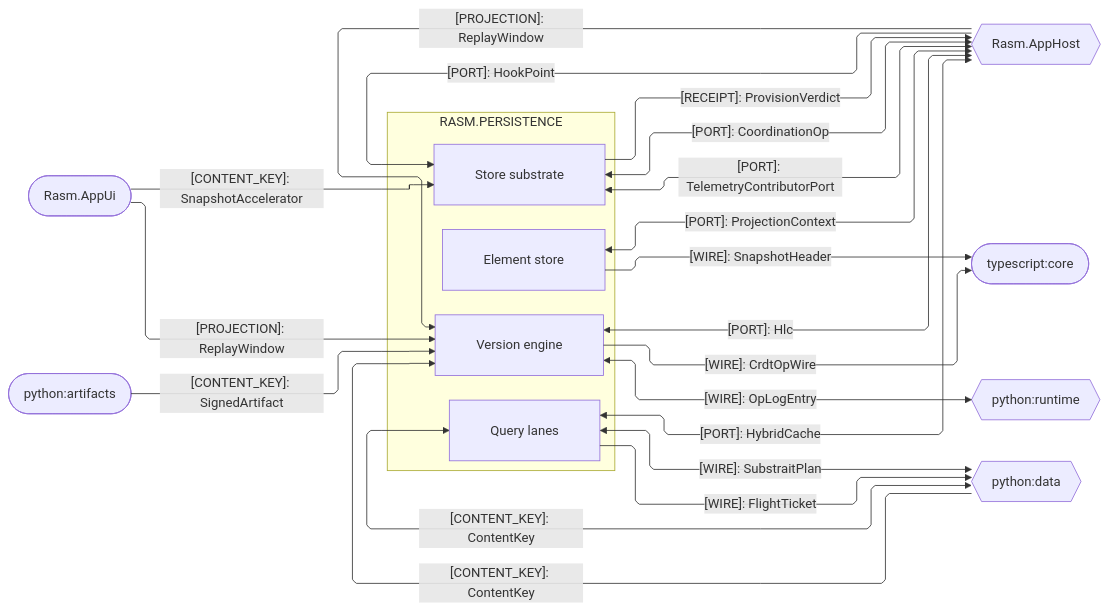
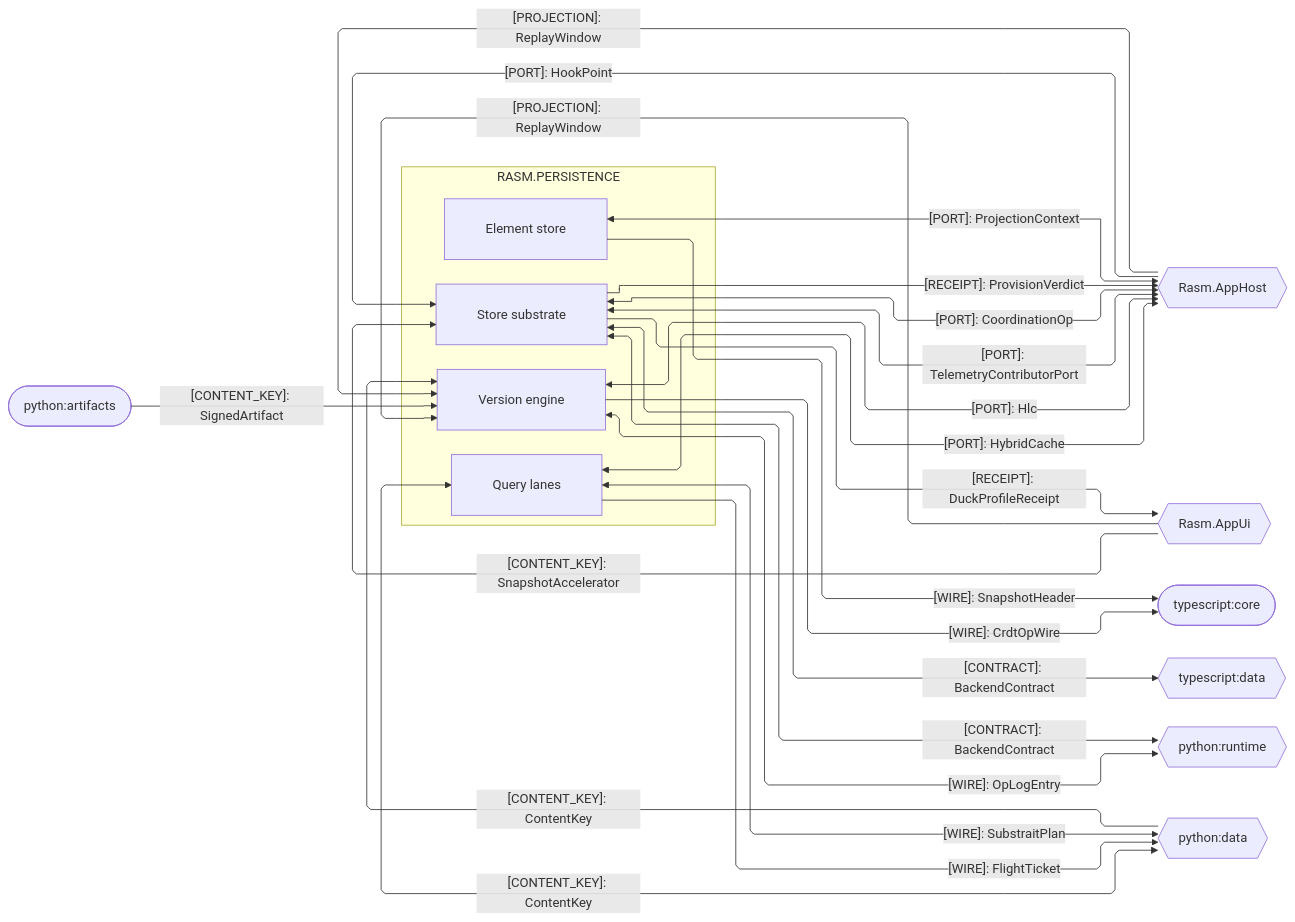
One commit to bsamiee/Rasm changed the third of 4 diagrams in libs/csharp/Rasm.Persistence/ARCHITECTURE.md. Above: the diagram before and after it, drawn with Mermaid. The commit also changed other lines of this file and 486 other files, not shown here.

````diff
--- a/libs/csharp/Rasm.Persistence/ARCHITECTURE.md
+++ b/libs/csharp/Rasm.Persistence/ARCHITECTURE.md
@@ -134,42 +146,46 @@
 ```mermaid
 ---
 config:
   layout: elk
   flowchart:
     curve: linear
     padding: 25
 ---
 flowchart LR
     accTitle: Persistence platform and cross-runtime seams
     accDescr: Persistence sub-domain owners exchanging ports, wires, projections, and receipts with the app host, the app UI, and the Python and TypeScript runtimes, edge rails colored by kind and nodes classed by seam direction.
     subgraph persistence[RASM.PERSISTENCE]
         Element[Element store]
         Version[Version engine]
         Query[Query lanes]
         Store[Store substrate]
     end
     AppHost{{Rasm.AppHost}}
-    AppUi([Rasm.AppUi])
+    AppUi{{Rasm.AppUi}}
     Core([typescript:core])
+    TsData{{typescript:data}}
     Runtime{{python:runtime}}
     Data{{python:data}}
     Artifacts([python:artifacts])
     Element e1@-->|"[WIRE]: SnapshotHeader"| Core
     Version e2@-->|"[WIRE]: CrdtOpWire"| Core
     Version e3@<-->|"[WIRE]: OpLogEntry"| Runtime
     Artifacts e4@-->|"[CONTENT_KEY]: SignedArtifact"| Version
     Data e5@-->|"[CONTENT_KEY]: ContentKey"| Version
     Query e6@<-->|"[WIRE]: SubstraitPlan"| Data
     Query e16@-->|"[WIRE]: FlightTicket"| Data
     Data e17@<-->|"[CONTENT_KEY]: ContentKey"| Query
     Element e7@<-->|"[PORT]: ProjectionContext"| AppHost
     Version e8@<-->|"[PORT]: Hlc"| AppHost
     AppHost e9@-->|"[PROJECTION]: ReplayWindow"| Version
     Query e11@<-->|"[PORT]: HybridCache"| AppHost
     Store e12@<-->|"[PORT]: CoordinationOp"| AppHost
     Store e18@<-->|"[PORT]: TelemetryContributorPort"| AppHost
     AppHost e19@-->|"[PORT]: HookPoint"| Store
     Store e13@-->|"[RECEIPT]: ProvisionVerdict"| AppHost
+    Store e22@<-->|"[CONTRACT]: BackendContract"| Runtime
+    Store e23@<-->|"[CONTRACT]: BackendContract"| TsData
     AppUi e14@-->|"[PROJECTION]: ReplayWindow"| Version
     AppUi e15@-->|"[CONTENT_KEY]: SnapshotAccelerator"| Store
+    Store e24@-->|"[RECEIPT]: DuckProfileReceipt"| AppUi
 ```
````
